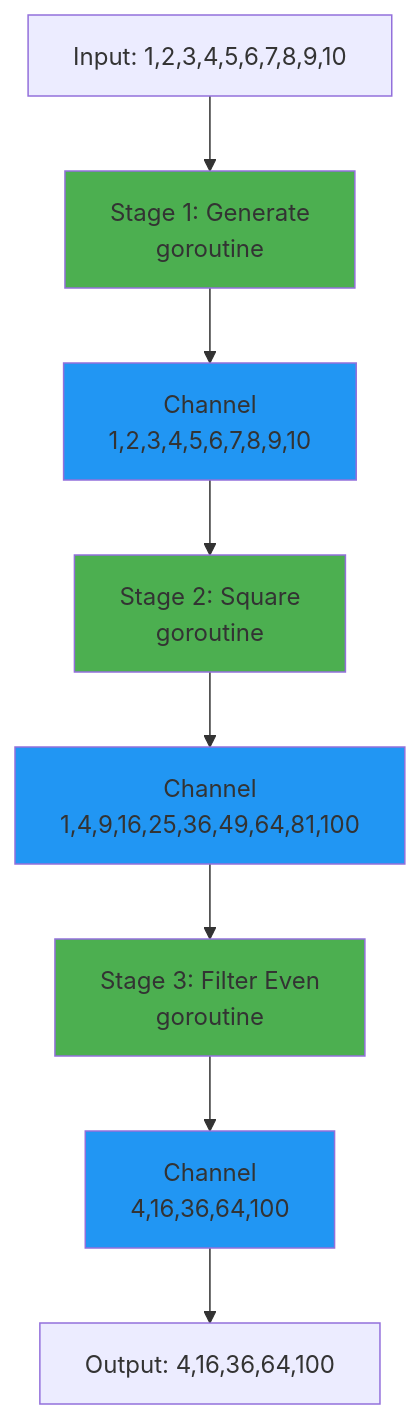
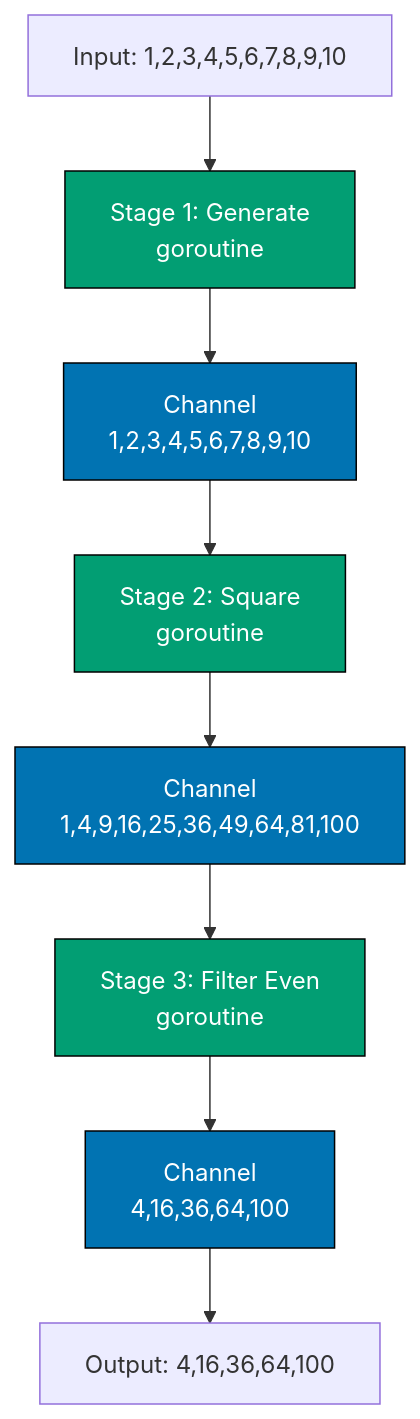
The fourth of 4 diagrams in docs/tutorials/software-engineering/programming-languages/golang/tu-soen-prla-gola__cookbook.md (wahidyankf/open-sharia-enterprise), drawn with Mermaid before and after one commit. The commit also changed other lines of this file and 22 other files, not shown here.

First line of the commit message:
docs(diagrams): ensure all mermaid diagrams use color-blind friendly palette

````diff
--- a/docs/tutorials/software-engineering/programming-languages/golang/tu-soen-prla-gola__cookbook.md
+++ b/docs/tutorials/software-engineering/programming-languages/golang/tu-soen-prla-gola__cookbook.md
@@ -641,17 +661,17 @@
 ```mermaid
 graph TB
     Input[Input: 1,2,3,4,5,6,7,8,9,10] --> Gen[Stage 1: Generate<br/>goroutine]
     Gen --> Ch1[Channel<br/>1,2,3,4,5,6,7,8,9,10]
     Ch1 --> Sq[Stage 2: Square<br/>goroutine]
     Sq --> Ch2[Channel<br/>1,4,9,16,25,36,49,64,81,100]
     Ch2 --> Filt[Stage 3: Filter Even<br/>goroutine]
     Filt --> Ch3[Channel<br/>4,16,36,64,100]
     Ch3 --> Output[Output: 4,16,36,64,100]
 
-    style Gen fill:#4CAF50
-    style Sq fill:#4CAF50
-    style Filt fill:#4CAF50
-    style Ch1 fill:#2196F3
-    style Ch2 fill:#2196F3
-    style Ch3 fill:#2196F3
+    style Gen fill:#029E73,stroke:#000000,color:#FFFFFF
+    style Sq fill:#029E73,stroke:#000000,color:#FFFFFF
+    style Filt fill:#029E73,stroke:#000000,color:#FFFFFF
+    style Ch1 fill:#0173B2,stroke:#000000,color:#FFFFFF
+    style Ch2 fill:#0173B2,stroke:#000000,color:#FFFFFF
+    style Ch3 fill:#0173B2,stroke:#000000,color:#FFFFFF
 ```
````
